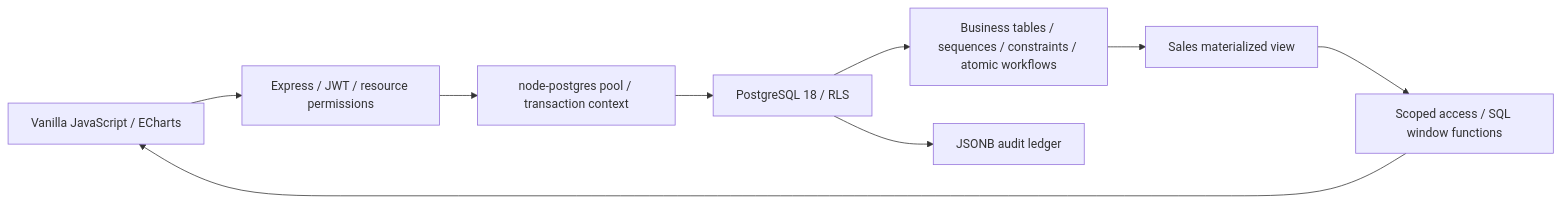
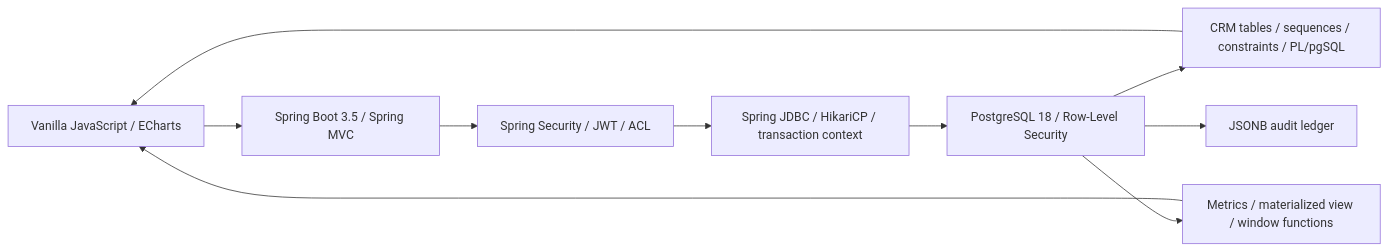
One commit to Crazy4Lamb/crm-bi changed the diagram in README.md. Above: the diagram before and after it, drawn with Mermaid. The commit also changed other lines of this file and 55 other files, not shown here.

Commit message:
feat: migrate CRM runtime to Spring Boot

````diff
--- a/README.md
+++ b/README.md
@@ -221,11 +23,12 @@
 ```mermaid
 flowchart LR
-  UI["Vanilla JavaScript / ECharts"] --> API["Express / JWT / resource permissions"]
-  API --> Pool["node-postgres pool / transaction context"]
-  Pool --> PG["PostgreSQL 18 / RLS"]
-  PG --> CRM["Business tables / sequences / constraints / atomic workflows"]
-  PG --> Audit["JSONB audit ledger"]
-  CRM --> MV["Sales materialized view"]
-  MV --> SQL["Scoped access / SQL window functions"]
-  SQL --> UI
+  UI["Vanilla JavaScript / ECharts"] --> API["Spring Boot 3.5 / Spring MVC"]
+  API --> SEC["Spring Security / JWT / ACL"]
+  SEC --> JDBC["Spring JDBC / HikariCP / transaction context"]
+  JDBC --> PG["PostgreSQL 18 / Row-Level Security"]
+  PG --> CRM["CRM tables / sequences / constraints / PL/pgSQL"]
+  PG --> BI["Metrics / materialized view / window functions"]
+  PG --> AUDIT["JSONB audit ledger"]
+  CRM --> UI
+  BI --> UI
 ```
````
